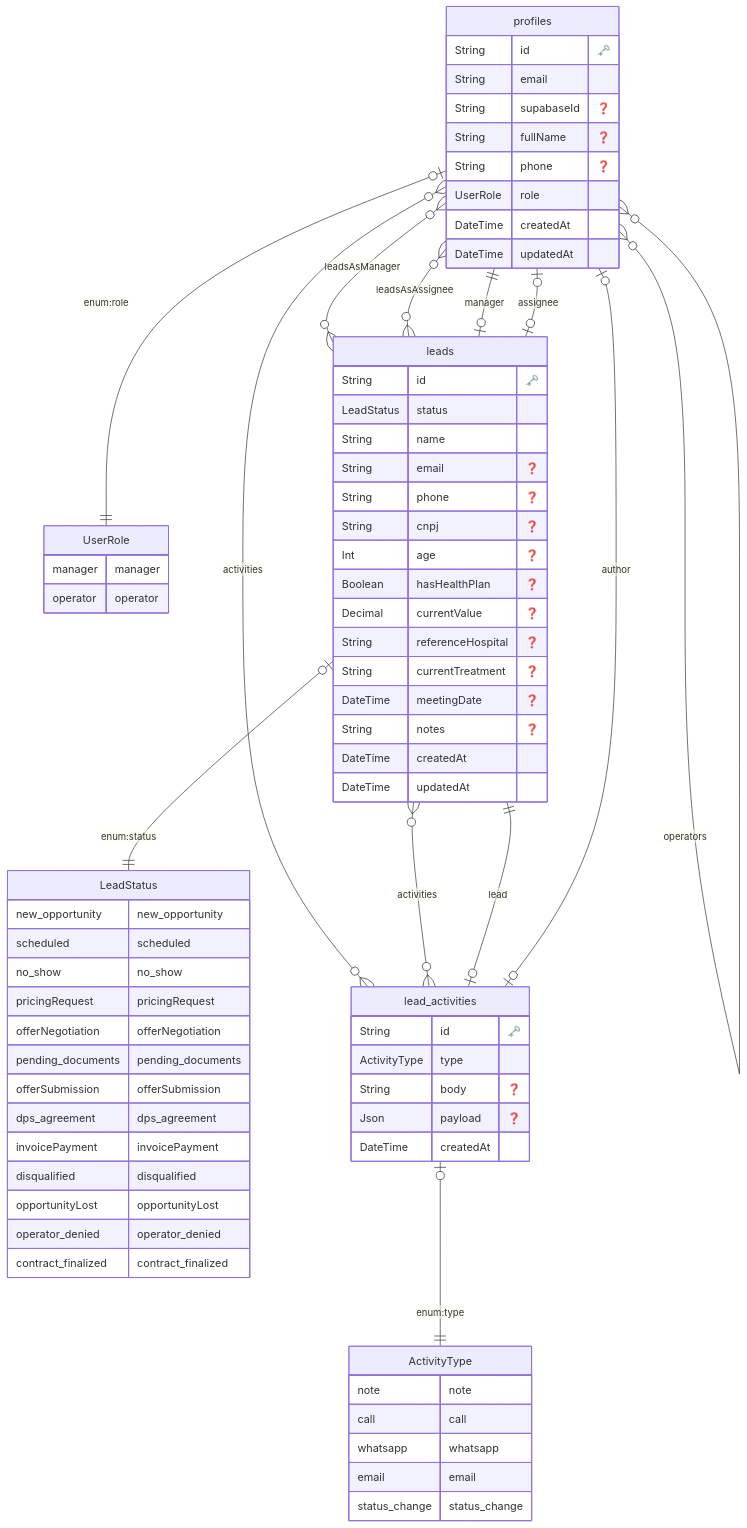
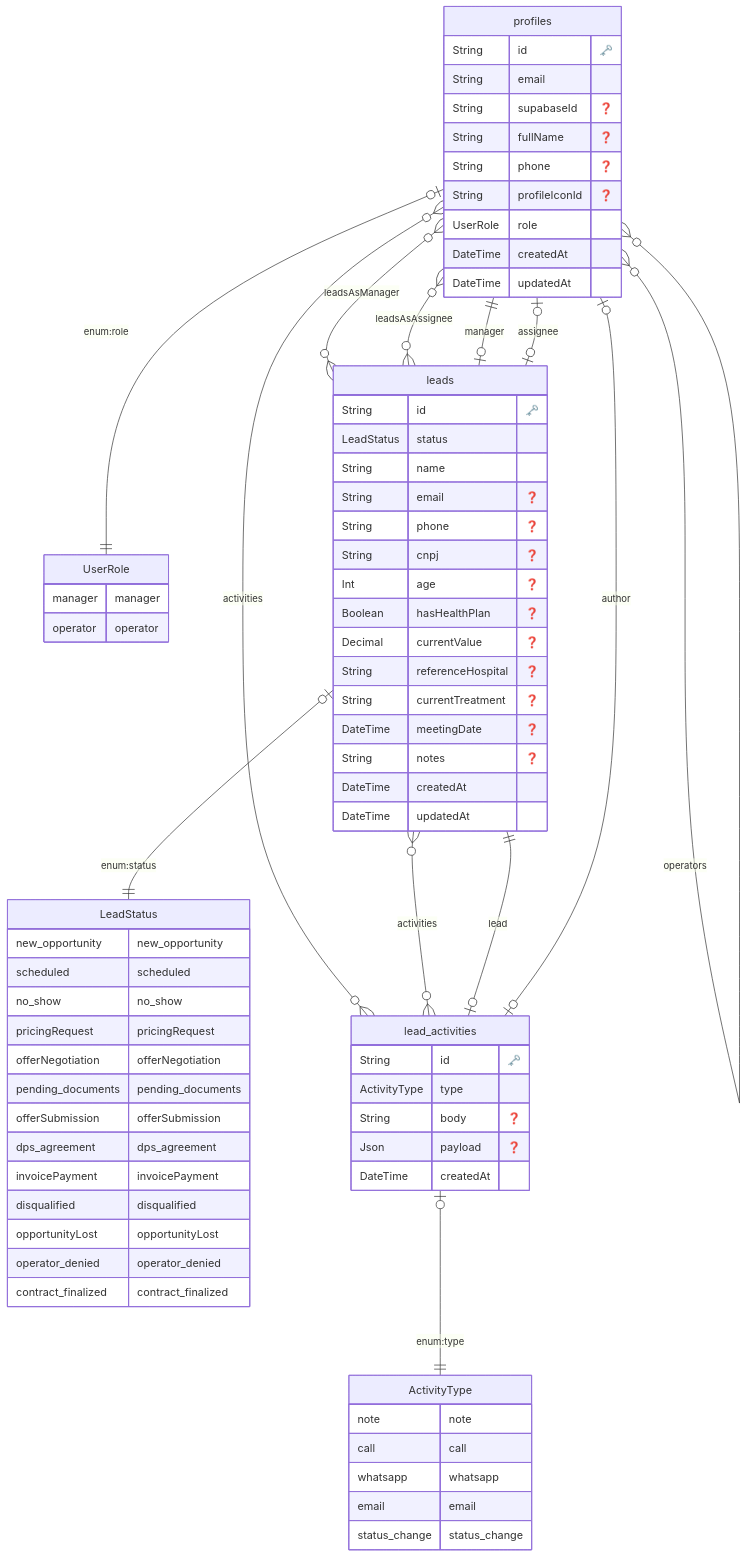
One commit to matheuswillock/lead-flow-app changed the diagram in prisma/erd/diagram.md. Above: the diagram before and after it, drawn with Mermaid. The commit also changed 11 other files, not shown here.

Commit message:
feat: implement profile icon upload and management functionality with validation and error handling

```diff
--- a/prisma/erd/diagram.md
+++ b/prisma/erd/diagram.md
@@ -40,6 +40,7 @@
     String supabaseId "❓"
     String fullName "❓"
     String phone "❓"
+    String profileIconId "❓"
     UserRole role 
     DateTime createdAt 
     DateTime updatedAt 
```
